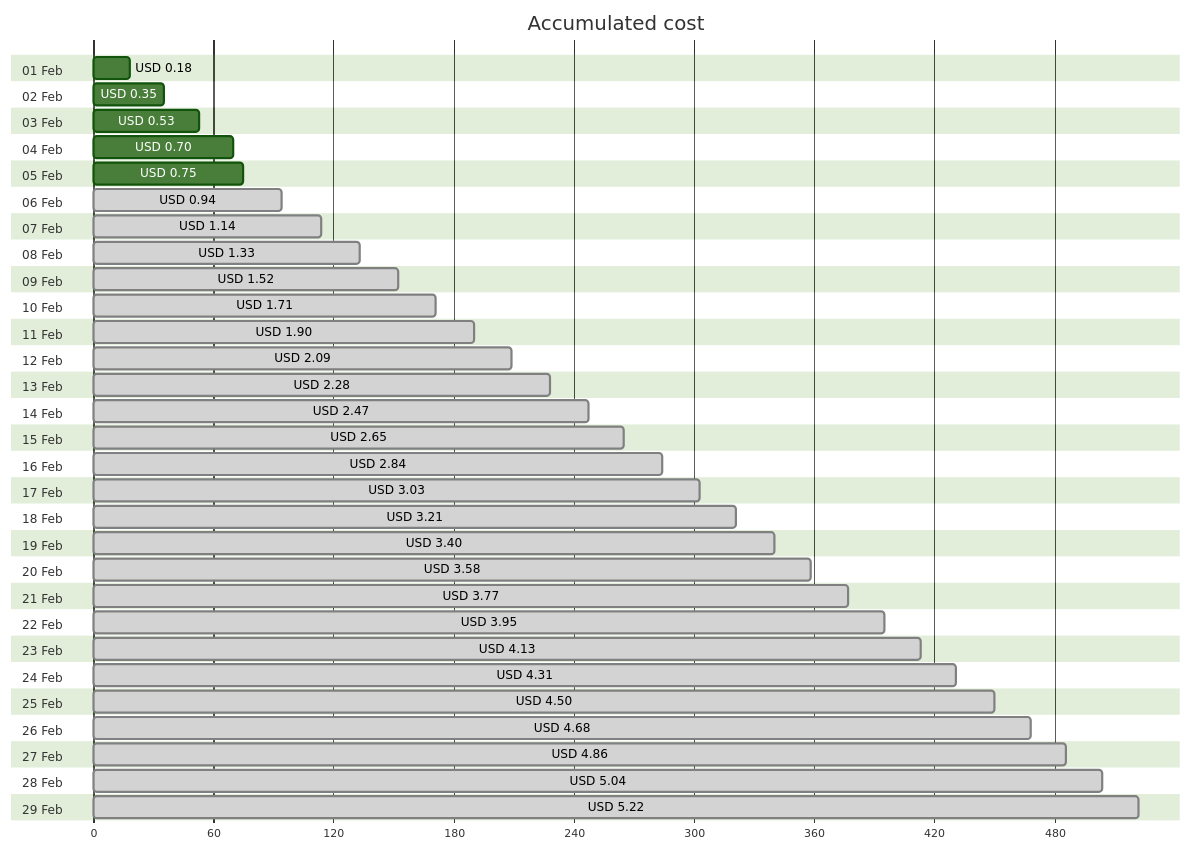
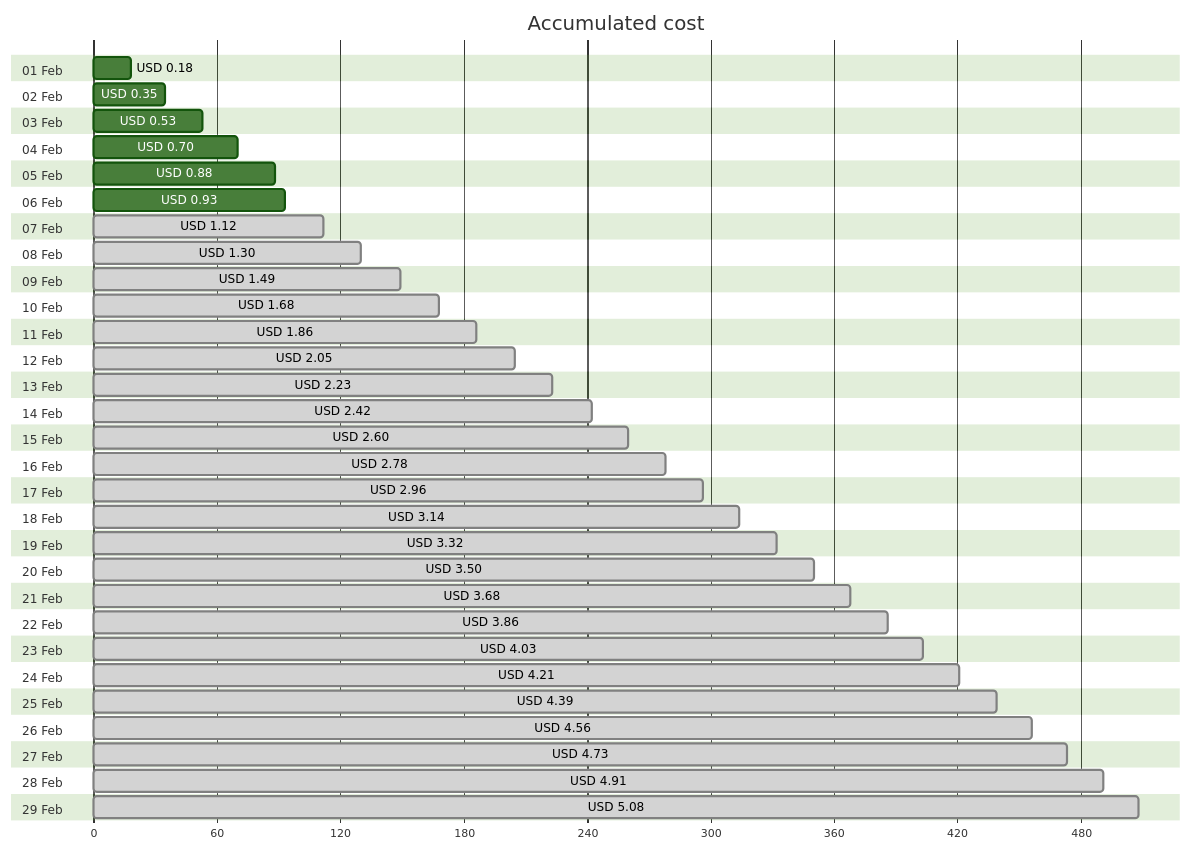
The first of 4 diagrams in cost-reports/personal-network/backup-server.md (jpfulton/azure-personal-reports), drawn with Mermaid (forest theme) before and after one commit. The commit also changed other lines of this file and 8 other files, not shown here.

````diff
--- a/cost-reports/personal-network/backup-server.md
+++ b/cost-reports/personal-network/backup-server.md
@@ -20,64 +20,64 @@
 ```mermaid
 gantt
    title Accumulated cost
    dateFormat  X
    axisFormat %s
    section 01 Feb
    USD 0.18 :0, 18
    section 02 Feb
    USD 0.35 :0, 35
    section 03 Feb
    USD 0.53 :0, 53
    section 04 Feb
    USD 0.70 :0, 70
    section 05 Feb
-   USD 0.75 :0, 75
+   USD 0.88 :0, 88
    section 06 Feb
-   USD 0.94 : done, 0, 94
+   USD 0.93 :0, 93
    section 07 Feb
-   USD 1.14 : done, 0, 114
+   USD 1.12 : done, 0, 112
    section 08 Feb
-   USD 1.33 : done, 0, 133
+   USD 1.30 : done, 0, 130
    section 09 Feb
-   USD 1.52 : done, 0, 152
+   USD 1.49 : done, 0, 149
    section 10 Feb
-   USD 1.71 : done, 0, 171
+   USD 1.68 : done, 0, 168
    section 11 Feb
-   USD 1.90 : done, 0, 190
+   USD 1.86 : done, 0, 186
    section 12 Feb
-   USD 2.09 : done, 0, 209
+   USD 2.05 : done, 0, 205
    section 13 Feb
-   USD 2.28 : done, 0, 228
+   USD 2.23 : done, 0, 223
    section 14 Feb
-   USD 2.47 : done, 0, 247
+   USD 2.42 : done, 0, 242
    section 15 Feb
-   USD 2.65 : done, 0, 265
+   USD 2.60 : done, 0, 260
    section 16 Feb
-   USD 2.84 : done, 0, 284
+   USD 2.78 : done, 0, 278
    section 17 Feb
-   USD 3.03 : done, 0, 303
+   USD 2.96 : done, 0, 296
    section 18 Feb
-   USD 3.21 : done, 0, 321
+   USD 3.14 : done, 0, 314
    section 19 Feb
-   USD 3.40 : done, 0, 340
+   USD 3.32 : done, 0, 332
    section 20 Feb
-   USD 3.58 : done, 0, 358
+   USD 3.50 : done, 0, 350
    section 21 Feb
-   USD 3.77 : done, 0, 377
+   USD 3.68 : done, 0, 368
    section 22 Feb
-   USD 3.95 : done, 0, 395
+   USD 3.86 : done, 0, 386
    section 23 Feb
-   USD 4.13 : done, 0, 413
+   USD 4.03 : done, 0, 403
    section 24 Feb
-   USD 4.31 : done, 0, 431
+   USD 4.21 : done, 0, 421
    section 25 Feb
-   USD 4.50 : done, 0, 450
+   USD 4.39 : done, 0, 439
    section 26 Feb
-   USD 4.68 : done, 0, 468
+   USD 4.56 : done, 0, 456
    section 27 Feb
-   USD 4.86 : done, 0, 486
+   USD 4.73 : done, 0, 473
    section 28 Feb
-   USD 5.04 : done, 0, 504
+   USD 4.91 : done, 0, 491
    section 29 Feb
-   USD 5.22 : done, 0, 522
+   USD 5.08 : done, 0, 508
 ```
````
